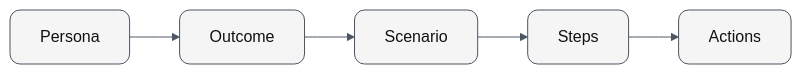
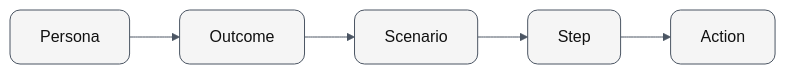
The second of 6 diagrams in content/semantic-knowledge-graphs/four-layer-ontology.md (accionlabs/semantic-engineering), drawn with Mermaid before and after one commit. The commit also changed other lines of this file and 6 other files, not shown here.

Commit message:
Expand Breeze.AI and four-layer ontology content; update Breeze diagrams

````diff
--- a/content/semantic-knowledge-graphs/four-layer-ontology.md
+++ b/content/semantic-knowledge-graphs/four-layer-ontology.md
@@ -52,9 +52,9 @@
 ```mermaid
 %%{init: {"theme":"base","themeVariables":{"primaryColor":"#f5f5f5","primaryTextColor":"#111111","primaryBorderColor":"#4b5563","lineColor":"#4b5563","secondaryColor":"#ffffff","tertiaryColor":"#FDE8DD","clusterBkg":"#fafafa","clusterBorder":"#9ca3af","edgeLabelBackground":"#ffffff","actorBkg":"#f5f5f5","actorBorder":"#4b5563","actorTextColor":"#111111","noteBkgColor":"#FDE8DD","noteBorderColor":"#E94E1B","signalColor":"#4b5563","signalTextColor":"#111111","sectionBkgColor":"#f5f5f5","altSectionBkgColor":"#ffffff","taskBkgColor":"#9ca3af","taskBorderColor":"#4b5563","taskTextColor":"#111111","gridColor":"#d1d5db","activeTaskBkgColor":"#FDE8DD","activeTaskBorderColor":"#E94E1B"}}}%%
 graph LR
     P[Persona] --> O[Outcome]
     O --> S[Scenario]
-    S --> St[Steps]
-    St --> A[Actions]
+    S --> St[Step]
+    St --> A[Action]
     classDef default rx:10,ry:10;
 ```
````
